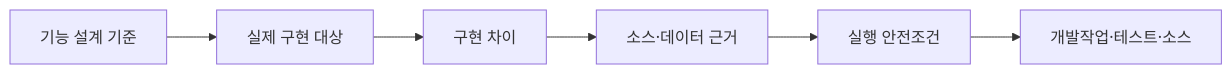
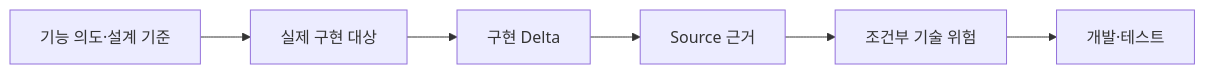
One commit to Seunghyun0606/SDLC_DDD_SDD changed the diagram in sdlc/templates/core/program-spec.md. Above: the diagram before and after it, drawn with Mermaid. The commit also changed other lines of this file, not shown here.

````diff
--- a/sdlc/templates/core/program-spec.md
+++ b/sdlc/templates/core/program-spec.md
@@ -30,4 +33,4 @@
 ```mermaid
 flowchart LR
-    F["기능 설계 기준"] --> T["실제 구현 대상"] --> M["구현 차이"] --> S["소스·데이터 근거"] --> G["실행 안전조건"] --> D["개발작업·테스트·소스"]
+    I["기능 의도·설계 기준"] --> T["실제 구현 대상"] --> M["구현 Delta"] --> S["Source 근거"] --> G["조건부 기술 위험"] --> D["개발·테스트"]
 ```
````
